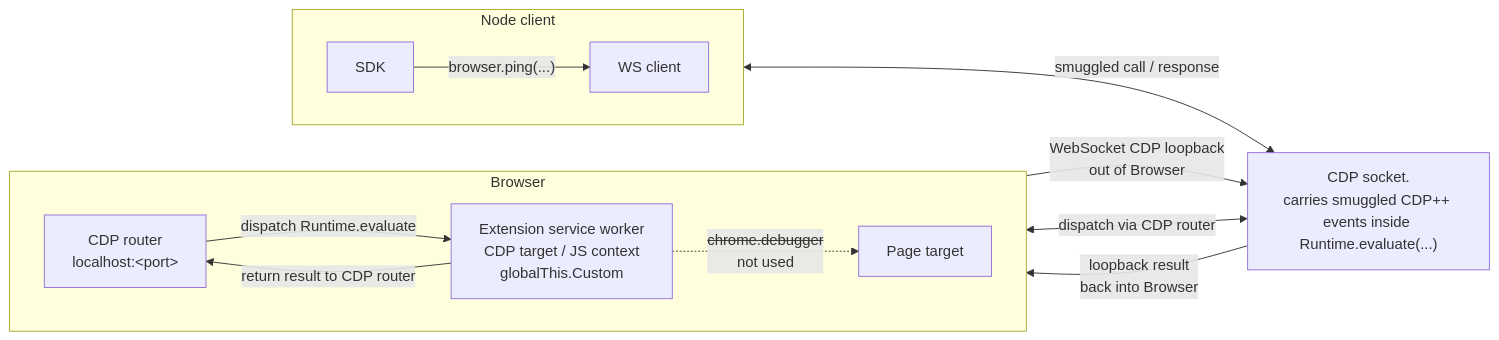
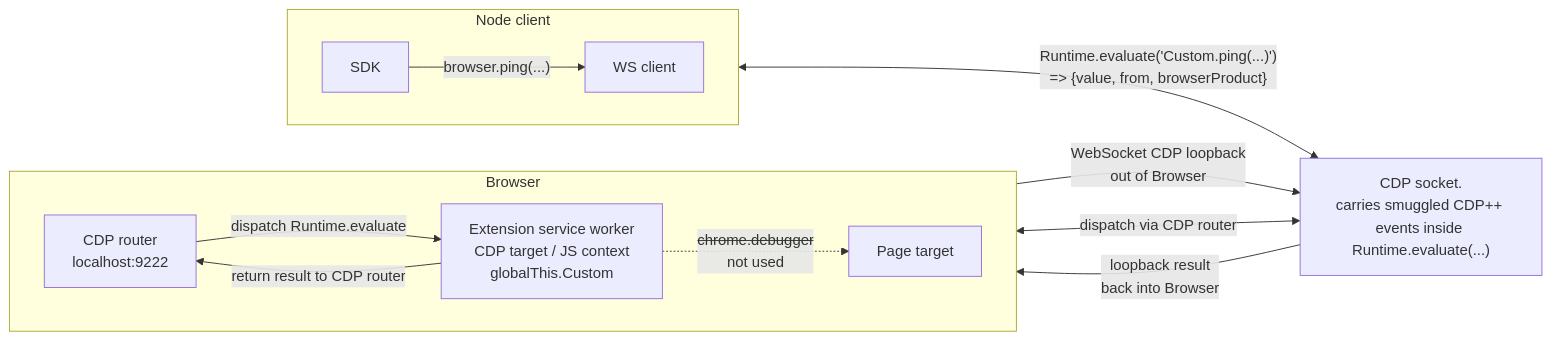
One commit to pirate/chrome-cdp-extension-bridge changed the third of 4 diagrams in README.md. Above: the diagram before and after it, drawn with Mermaid. The commit also changed other lines of this file, not shown here.

Commit message:
Use concrete diagram labels

````diff
--- a/README.md
+++ b/README.md
@@ -109,26 +109,26 @@
 ```mermaid
 flowchart LR
   subgraph Node["Node client"]
     direction LR
     SDK["SDK"]
     WS["WS client"]
     SDK -->|"browser.ping(...)"| WS
   end
 
   subgraph Browser["Browser"]
     direction LR
-    CDP["CDP router<br/>localhost:&lt;port&gt;"]
+    CDP["CDP router<br/>localhost:9222"]
     SW["Extension service worker<br/>CDP target / JS context<br/>globalThis.Custom"]
     Page["Page target"]
     CDP -->|"dispatch Runtime.evaluate"| SW
     SW -. "<s>chrome.debugger</s><br/>not used" .-> Page
   end
 
   Socket["CDP socket.<br/>carries smuggled CDP++ events inside Runtime.evaluate(...)"]
 
-  WS <-->|"smuggled call / response"| Socket
+  WS <-->|"Runtime.evaluate('Custom.ping(...)')<br/>=> {value, from, browserProduct}"| Socket
   Socket <-->|"dispatch via CDP router"| CDP
   SW -->|"WebSocket CDP loopback<br/>out of Browser"| Socket
   Socket -->|"loopback result<br/>back into Browser"| SW
   SW -->|"return result to CDP router"| CDP
 ```
````
